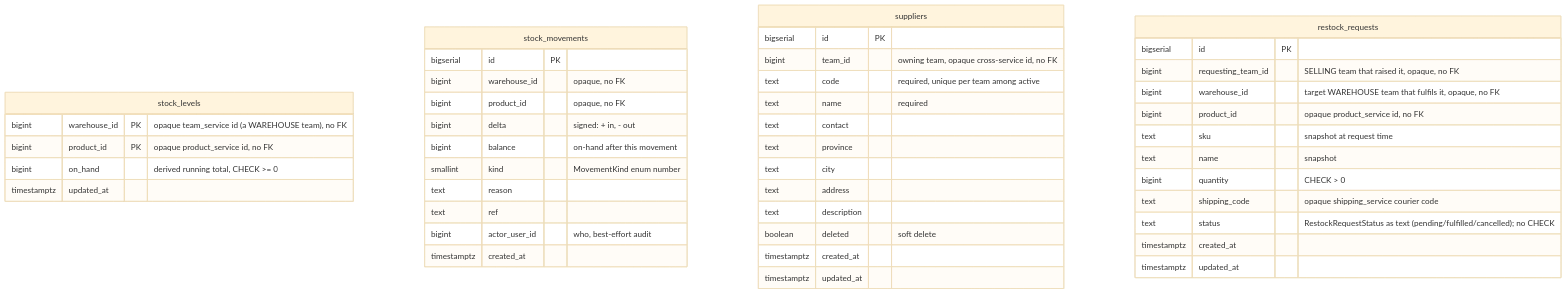
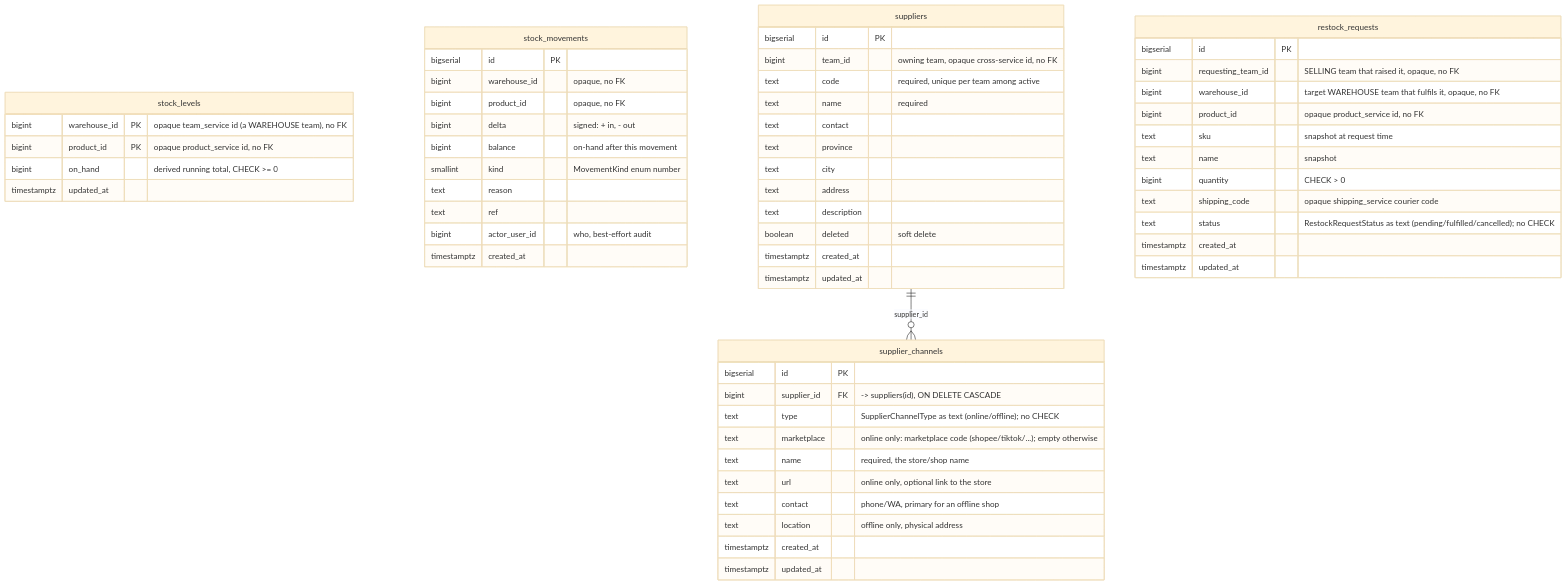
The eighth of 9 diagrams in docs/database-schema.md (pdcgo/warehouse_revamp), drawn with Mermaid (base theme) before and after one commit. The commit also changed other lines of this file and 40 other files, not shown here.

First line of the commit message:
#120 Supplier detail page + channels (how we reach a vendor)

````diff
--- a/docs/database-schema.md
+++ b/docs/database-schema.md
@@ -329,51 +331,66 @@
 ```mermaid
 erDiagram
     stock_levels {
         bigint      warehouse_id PK "opaque team_service id (a WAREHOUSE team), no FK"
         bigint      product_id   PK "opaque product_service id, no FK"
         bigint      on_hand      "derived running total, CHECK >= 0"
         timestamptz updated_at
     }
 
     stock_movements {
         bigserial   id            PK
         bigint      warehouse_id  "opaque, no FK"
         bigint      product_id    "opaque, no FK"
         bigint      delta         "signed: + in, - out"
         bigint      balance       "on-hand after this movement"
         smallint    kind          "MovementKind enum number"
         text        reason
         text        ref
         bigint      actor_user_id "who, best-effort audit"
         timestamptz created_at
     }
 
+    suppliers ||--o{ supplier_channels : "supplier_id"
+
     suppliers {
         bigserial   id          PK
         bigint      team_id     "owning team, opaque cross-service id, no FK"
         text        code        "required, unique per team among active"
         text        name        "required"
         text        contact
         text        province
         text        city
         text        address
         text        description
         boolean     deleted     "soft delete"
+        timestamptz created_at
+        timestamptz updated_at
+    }
+
+    supplier_channels {
+        bigserial   id          PK
+        bigint      supplier_id FK "-> suppliers(id), ON DELETE CASCADE"
+        text        type        "SupplierChannelType as text (online/offline); no CHECK"
+        text        marketplace "online only: marketplace code (shopee/tiktok/...); empty otherwise"
+        text        name        "required, the store/shop name"
+        text        url         "online only, optional link to the store"
+        text        contact     "phone/WA, primary for an offline shop"
+        text        location    "offline only, physical address"
         timestamptz created_at
         timestamptz updated_at
     }
 
     restock_requests {
         bigserial   id                 PK
         bigint      requesting_team_id "SELLING team that raised it, opaque, no FK"
         bigint      warehouse_id       "target WAREHOUSE team that fulfils it, opaque, no FK"
         bigint      product_id         "opaque product_service id, no FK"
         text        sku                "snapshot at request time"
         text        name               "snapshot"
         bigint      quantity           "CHECK > 0"
         text        shipping_code      "opaque shipping_service courier code"
         text        status             "RestockRequestStatus as text (pending/fulfilled/cancelled); no CHECK"
         timestamptz created_at
         timestamptz updated_at
     }
 ```
````
